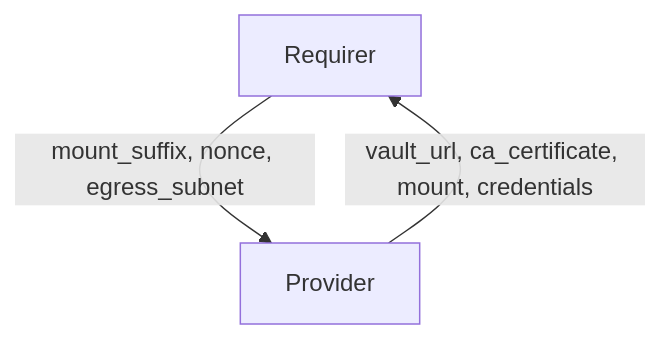
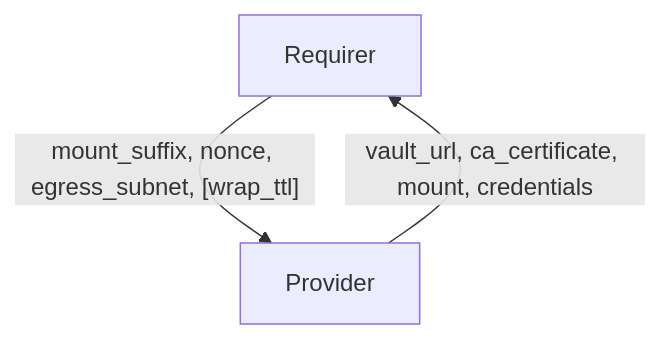
The diagram in interfaces/vault_kv/v0/README.md (canonical/charm-relation-interfaces), drawn with Mermaid before and after one commit. The commit also changed other lines of this file and 3 other files, not shown here.

Commit message:
feat: Support for wrap TTL on vault_kv interface

````diff
--- a/interfaces/vault_kv/v0/README.md
+++ b/interfaces/vault_kv/v0/README.md
@@ -9,5 +9,5 @@
 ```mermaid
 flowchart TD
-    Requirer -- mount_suffix, nonce, egress_subnet --> Provider
+    Requirer -- mount_suffix, nonce, egress_subnet, [wrap_ttl] --> Provider
     Provider -- vault_url, ca_certificate, mount, credentials --> Requirer
 ```
````
